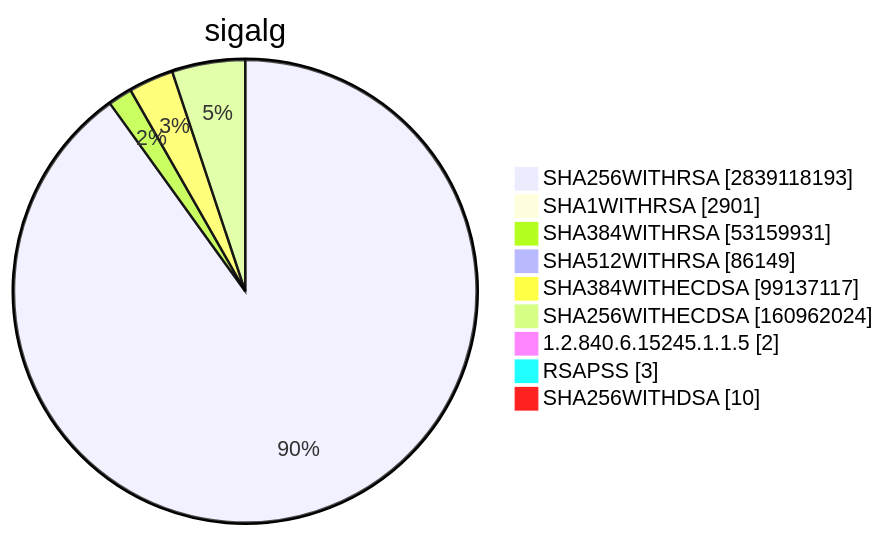
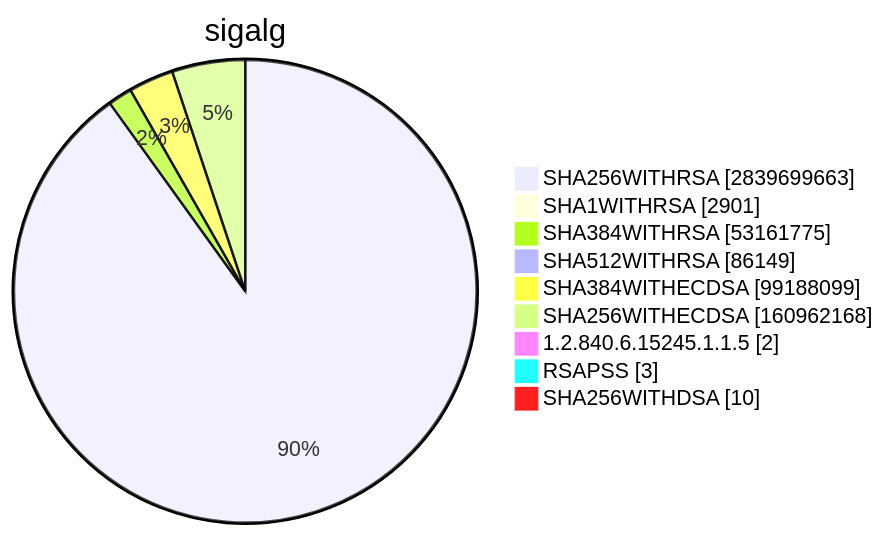
Before and after one commit to christiankrug/ctmonitor_visualization: diagram 15 of 15 in TOTAL/README.md, drawn with Mermaid. The commit also changed other lines of this file, not shown here.

````diff
--- a/TOTAL/README.md
+++ b/TOTAL/README.md
@@ -6207,13 +6207,13 @@
 ```mermaid
 pie showData
 title sigalg
-"SHA256WITHRSA" :2839118193
+"SHA256WITHRSA" :2839699663
 "SHA1WITHRSA" :2901
-"SHA384WITHRSA" :53159931
+"SHA384WITHRSA" :53161775
 "SHA512WITHRSA" :86149
-"SHA384WITHECDSA" :99137117
-"SHA256WITHECDSA" :160962024
+"SHA384WITHECDSA" :99188099
+"SHA256WITHECDSA" :160962168
 "1.2.840.6.15245.1.1.5" :2
 "RSAPSS" :3
 "SHA256WITHDSA" :10
 ```
````
